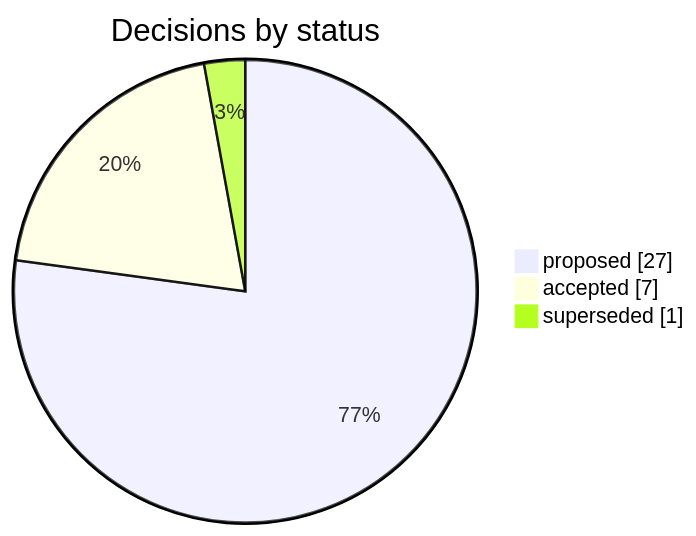
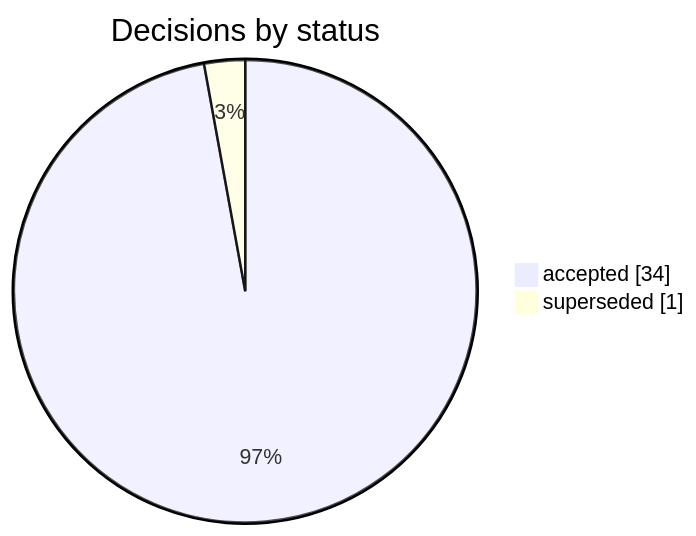
The diagram in .ai/repo/adrs/README.md (korczis/OpenTTD), drawn with Mermaid before and after one commit. The commit also changed other lines of this file and 28 other files, not shown here.

````diff
--- a/.ai/repo/adrs/README.md
+++ b/.ai/repo/adrs/README.md
@@ -29,7 +29,6 @@
 ```mermaid
 pie showData title Decisions by status
-    %% links: README.md?col=Status&filter=proposed#index | README.md?col=Status&filter=accepted#index | README.md?col=Status&filter=superseded#index
-    "proposed" : 27
-    "accepted" : 7
+    %% links: README.md?col=Status&filter=accepted#index | README.md?col=Status&filter=superseded#index
+    "accepted" : 34
     "superseded" : 1
 ```
````
